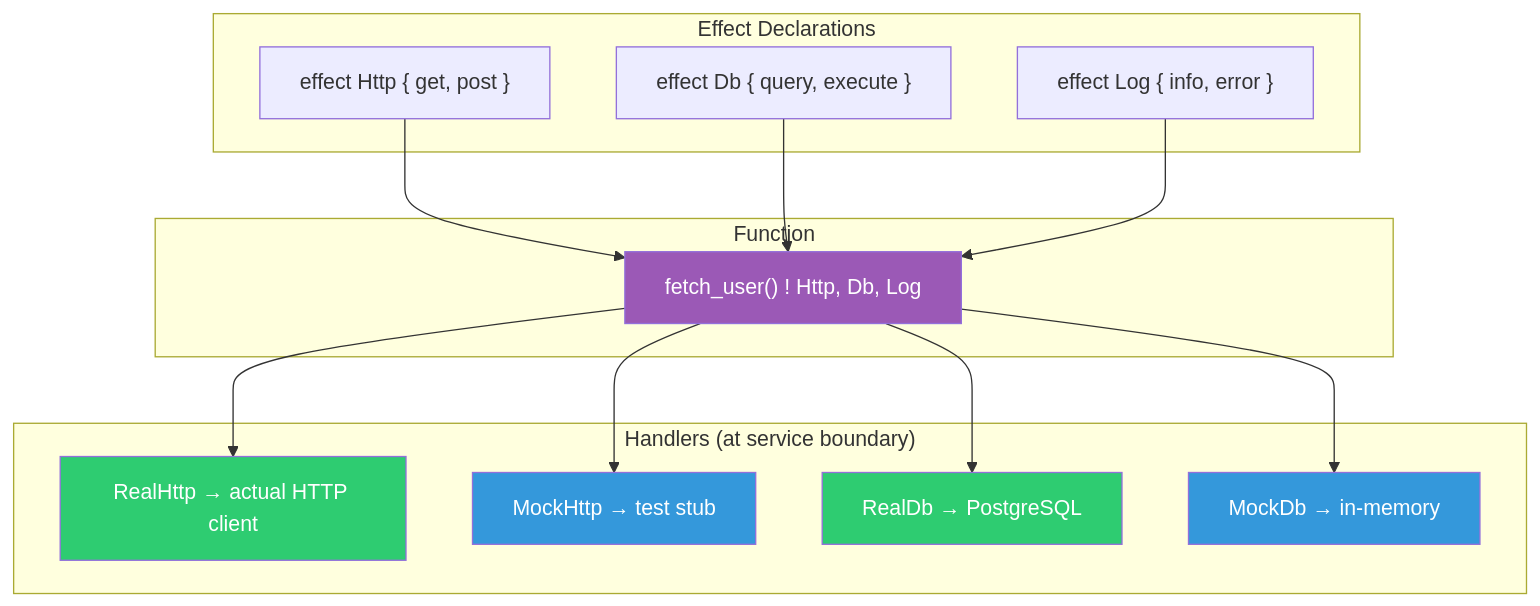
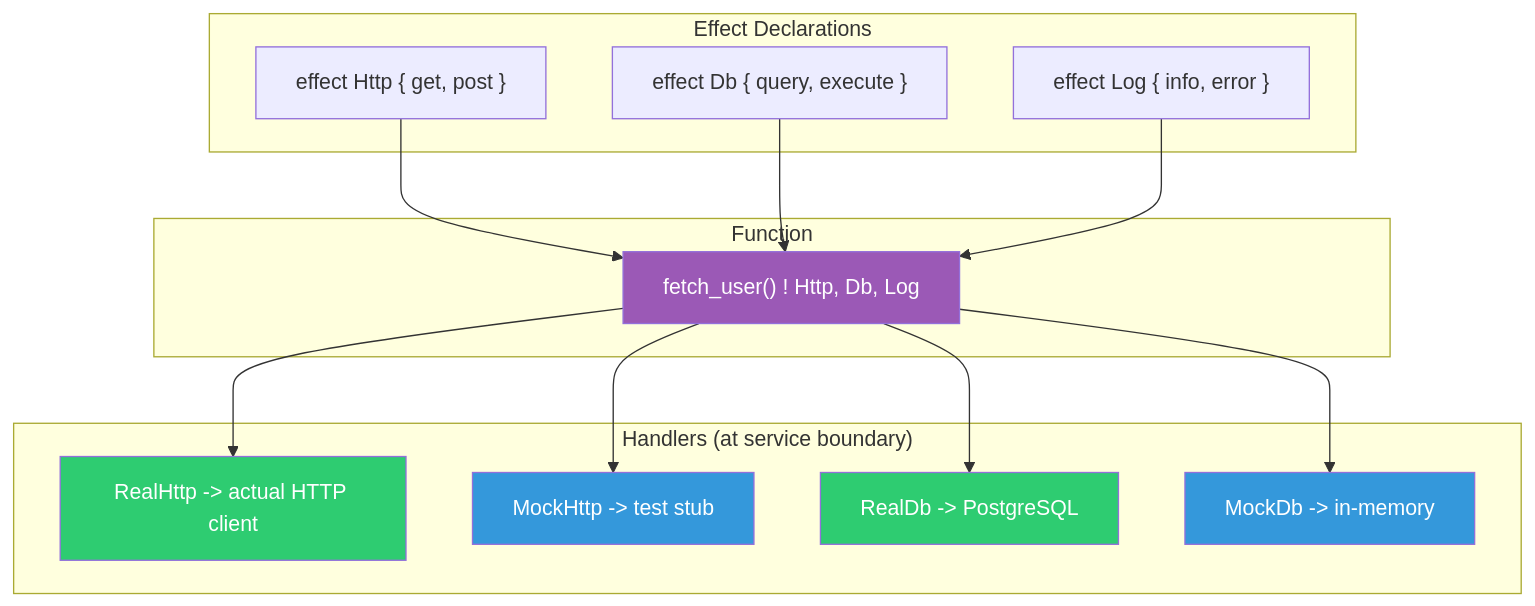
One commit to sage3648/sigil changed the sixth of 10 diagrams in README.md. Above: the diagram before and after it, drawn with Mermaid. The commit also changed other lines of this file and 15 other files, not shown here.

````diff
--- a/README.md
+++ b/README.md
@@ -306,33 +313,33 @@
 ```mermaid
 graph TD
     subgraph "Effect Declarations"
         HTTP["effect Http { get, post }"]
         DB["effect Db { query, execute }"]
         LOG["effect Log { info, error }"]
     end
 
     subgraph "Function"
         FN["fetch_user() ! Http, Db, Log"]
     end
 
     subgraph "Handlers (at service boundary)"
-        RH["RealHttp → actual HTTP client"]
-        MH["MockHttp → test stub"]
-        RD["RealDb → PostgreSQL"]
-        MD["MockDb → in-memory"]
+        RH["RealHttp -> actual HTTP client"]
+        MH["MockHttp -> test stub"]
+        RD["RealDb -> PostgreSQL"]
+        MD["MockDb -> in-memory"]
     end
 
     HTTP --> FN
     DB --> FN
     LOG --> FN
     FN --> RH
     FN --> MH
     FN --> RD
     FN --> MD
 
     style FN fill:#9b59b6,color:#fff
     style RH fill:#2ecc71,color:#fff
     style MH fill:#3498db,color:#fff
     style RD fill:#2ecc71,color:#fff
     style MD fill:#3498db,color:#fff
 ```
````
